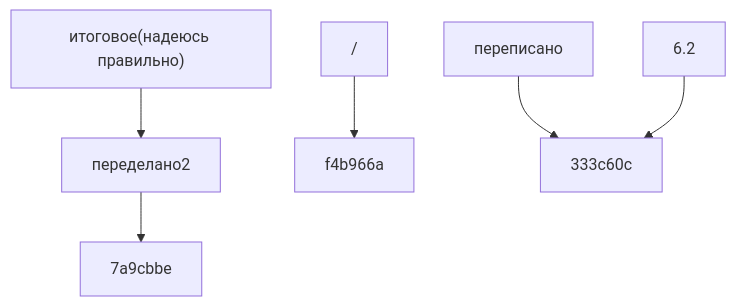
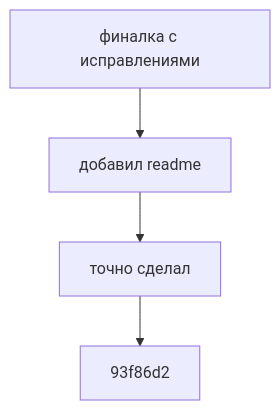
One commit to fedorio00/Isak62.23conf changed the diagram in dz2/dependency_graph.md. Above: the diagram before and after it, drawn with Mermaid. The commit also changed 29 other files, not shown here.

````diff
--- a/dz2/dependency_graph.md
+++ b/dz2/dependency_graph.md
@@ -1,13 +1,9 @@
 ```mermaid
 graph TD;
-    3bd99e3["/"]
-    ad03d09["итоговое(надеюсь правильно)"]
-    862fd6c["переделано2"]
-    c0b1e04["переписано"]
-    cceffeb["6.2"]
-    3bd99e3 --> f4b966a
-    ad03d09 --> 862fd6c
-    862fd6c --> 7a9cbbe
-    c0b1e04 --> 333c60c
-    cceffeb --> 333c60c
+    cbf7626["финалка с исправлениями"]
+    cfe6567["добавил readme"]
+    333f480["точно сделал"]
+    cbf7626 --> cfe6567
+    cfe6567 --> 333f480
+    333f480 --> 93f86d2
 ```
````
